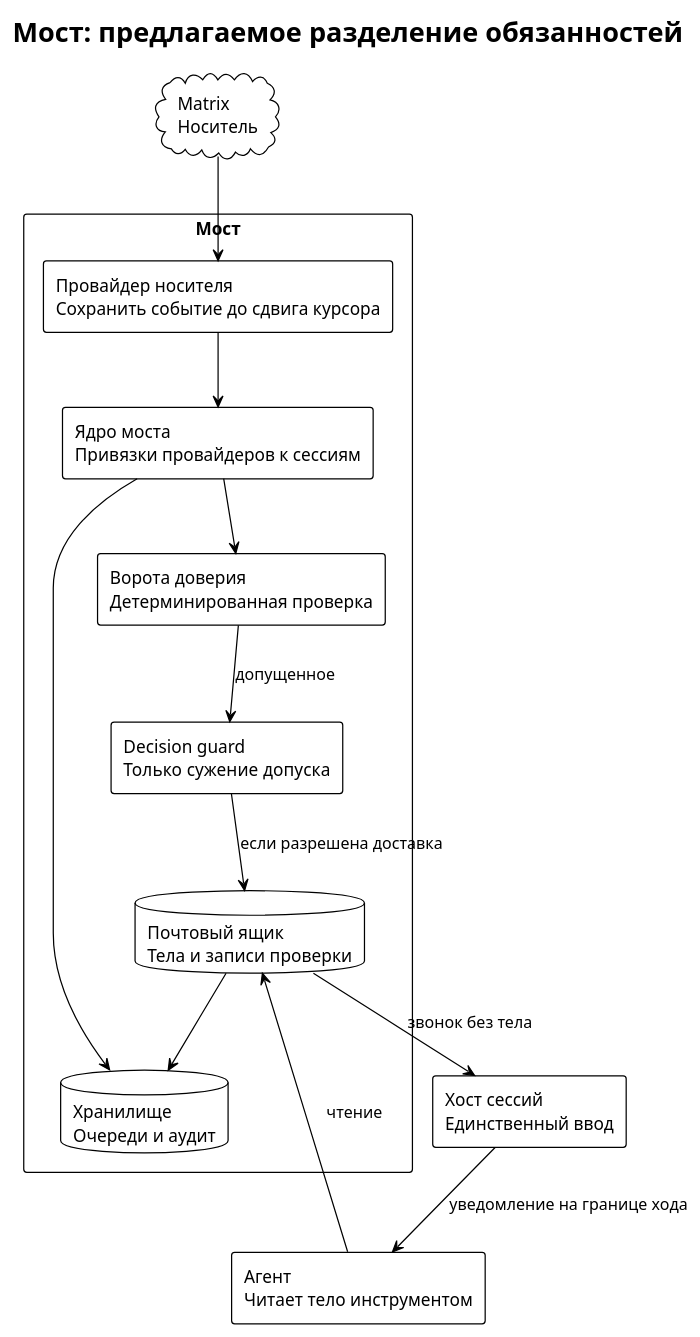
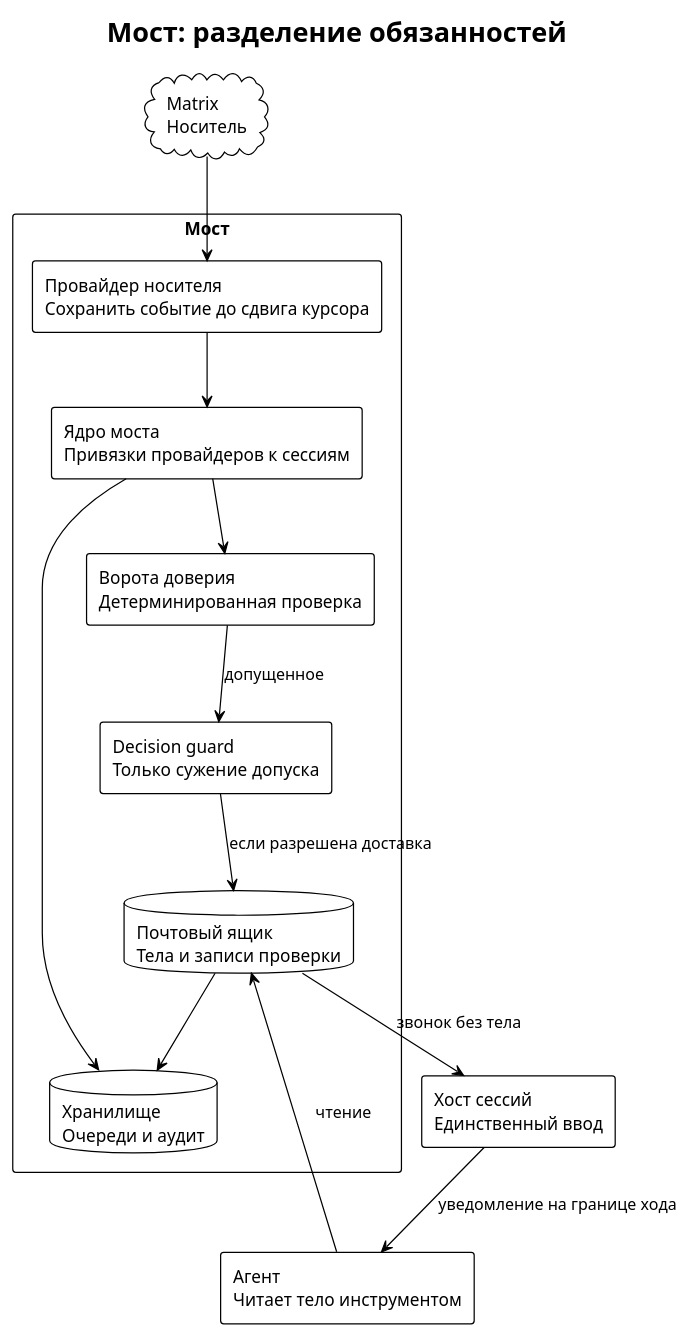
Before and after one commit to relux-works/swarma-docs: the diagram in book/src/bridge-components.puml, drawn with PlantUML. The commit also changed 51 other files, not shown here.

```diff
--- a/book/src/bridge-components.puml
+++ b/book/src/bridge-components.puml
@@ -1,28 +1,28 @@
 @startuml bridge-components
 !theme plain
 skinparam defaultFontName "PT Sans"
 skinparam shadowing false
 skinparam packageStyle rectangle
-title Мост: предлагаемое разделение обязанностей
+title Мост: разделение обязанностей
 cloud "Matrix\nНоситель" as MX
 package "Мост" {
   rectangle "Провайдер носителя\nСохранить событие до сдвига курсора" as P
   rectangle "Ядро моста\nПривязки провайдеров к сессиям" as CORE
   rectangle "Ворота доверия\nДетерминированная проверка" as G
   rectangle "Decision guard\nТолько сужение допуска" as DG
   database "Почтовый ящик\nТела и записи проверки" as MB
   database "Хранилище\nОчереди и аудит" as STORE
 }
 rectangle "Хост сессий\nЕдинственный ввод" as HOST
 rectangle "Агент\nЧитает тело инструментом" as A
 MX --> P
 P --> CORE
 CORE --> G
 G --> DG : допущенное
 DG --> MB : если разрешена доставка
 MB --> HOST : звонок без тела
 HOST --> A : уведомление на границе хода
 A --> MB : чтение
 CORE --> STORE
 MB --> STORE
 @enduml
```
